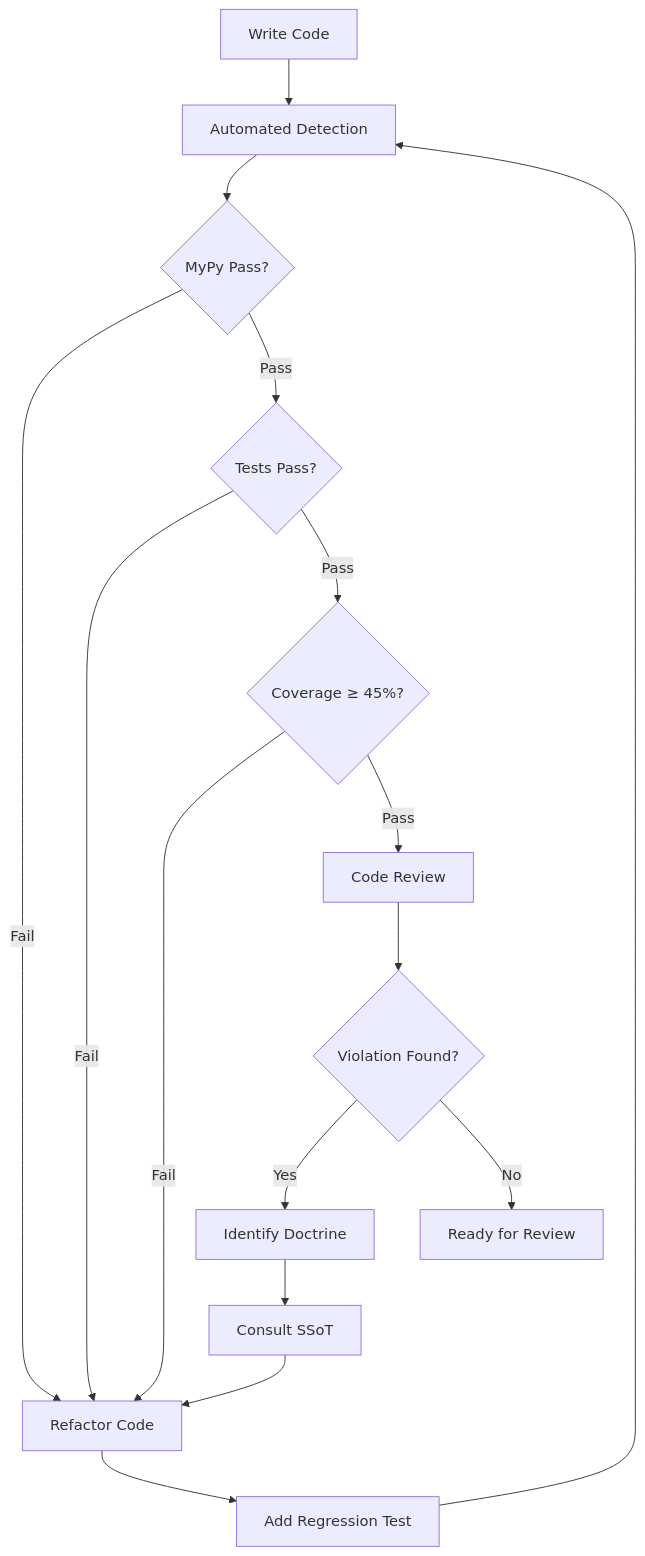
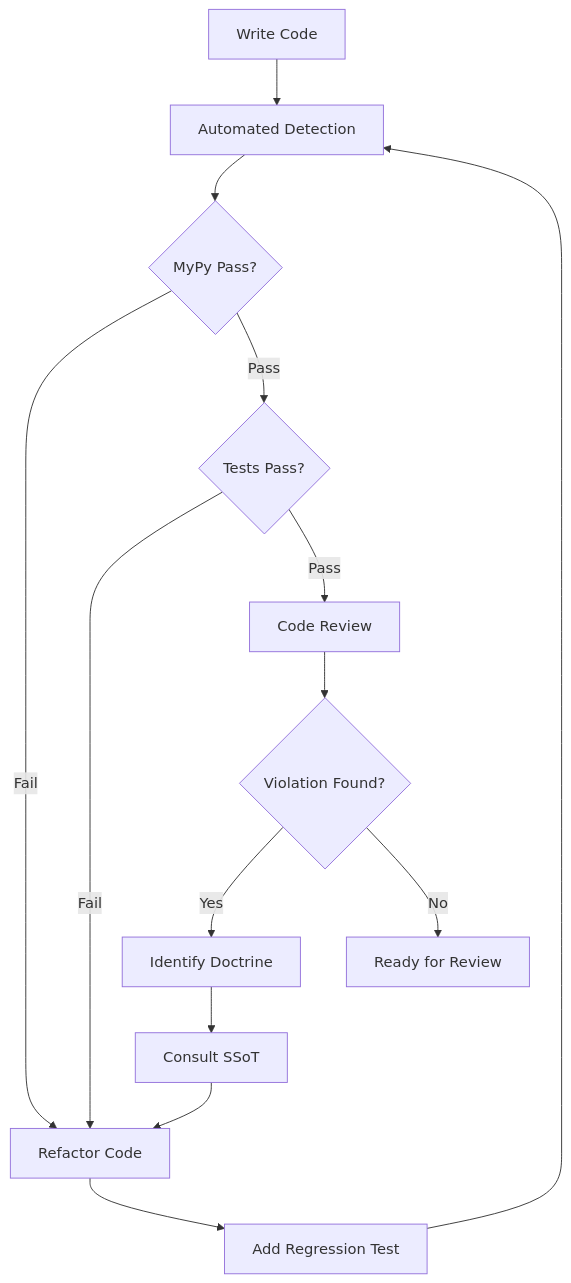
The sixth of 6 diagrams in documents/engineering/type_safety_enforcement.md (Tuee22/effectful), drawn with Mermaid before and after one commit. The commit also changed other lines of this file and 10 other files, not shown here.

````diff
--- a/documents/engineering/type_safety_enforcement.md
+++ b/documents/engineering/type_safety_enforcement.md
@@ -540,31 +539,28 @@
 ```mermaid
 flowchart TB
     Code[Write Code]
     Auto[Automated Detection]
     MyPy{MyPy Pass?}
     Pytest{Tests Pass?}
-    Coverage{Coverage ≥ 45%?}
     Manual[Code Review]
     Violation{Violation Found?}
     Identify[Identify Doctrine]
     Consult[Consult SSoT]
     Fix[Refactor Code]
     Test[Add Regression Test]
     Success[Ready for Review]
 
     Code --> Auto
     Auto --> MyPy
     MyPy -->|Fail| Fix
     MyPy -->|Pass| Pytest
     Pytest -->|Fail| Fix
-    Pytest -->|Pass| Coverage
-    Coverage -->|Fail| Fix
-    Coverage -->|Pass| Manual
+    Pytest -->|Pass| Manual
     Manual --> Violation
     Violation -->|Yes| Identify
     Violation -->|No| Success
     Identify --> Consult
     Consult --> Fix
     Fix --> Test
     Test --> Auto
 ```
````
